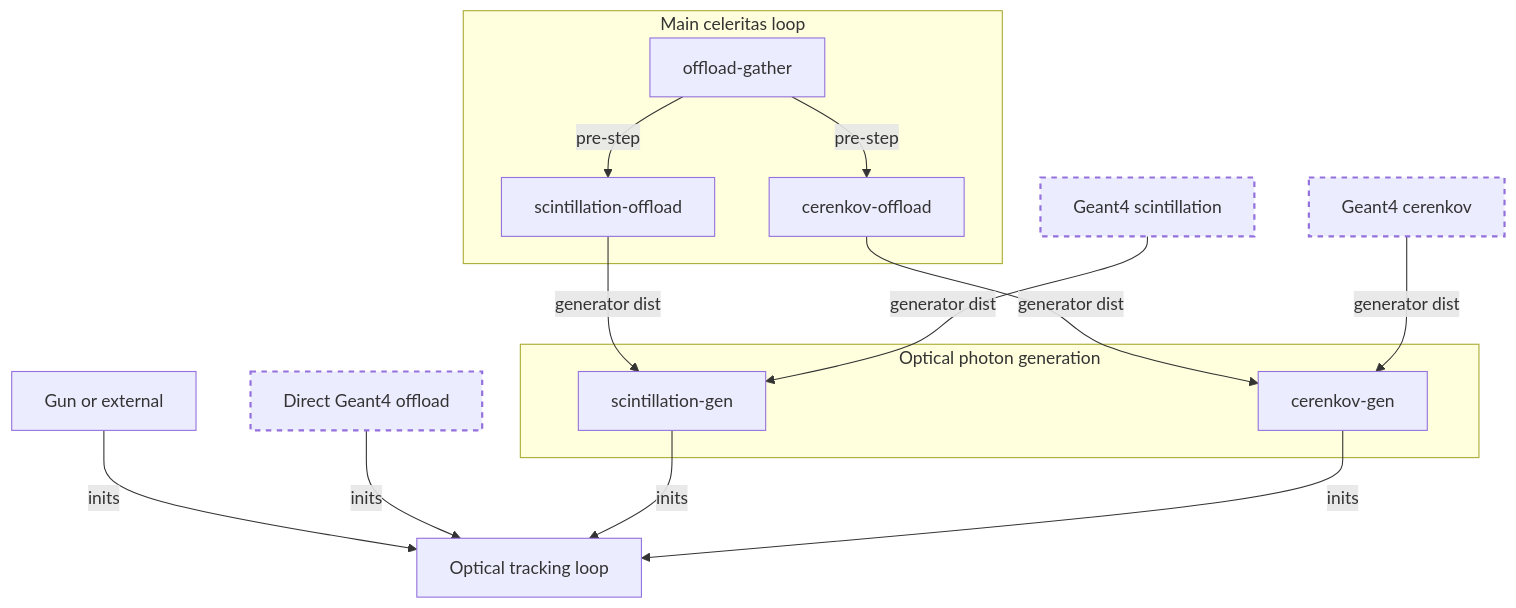
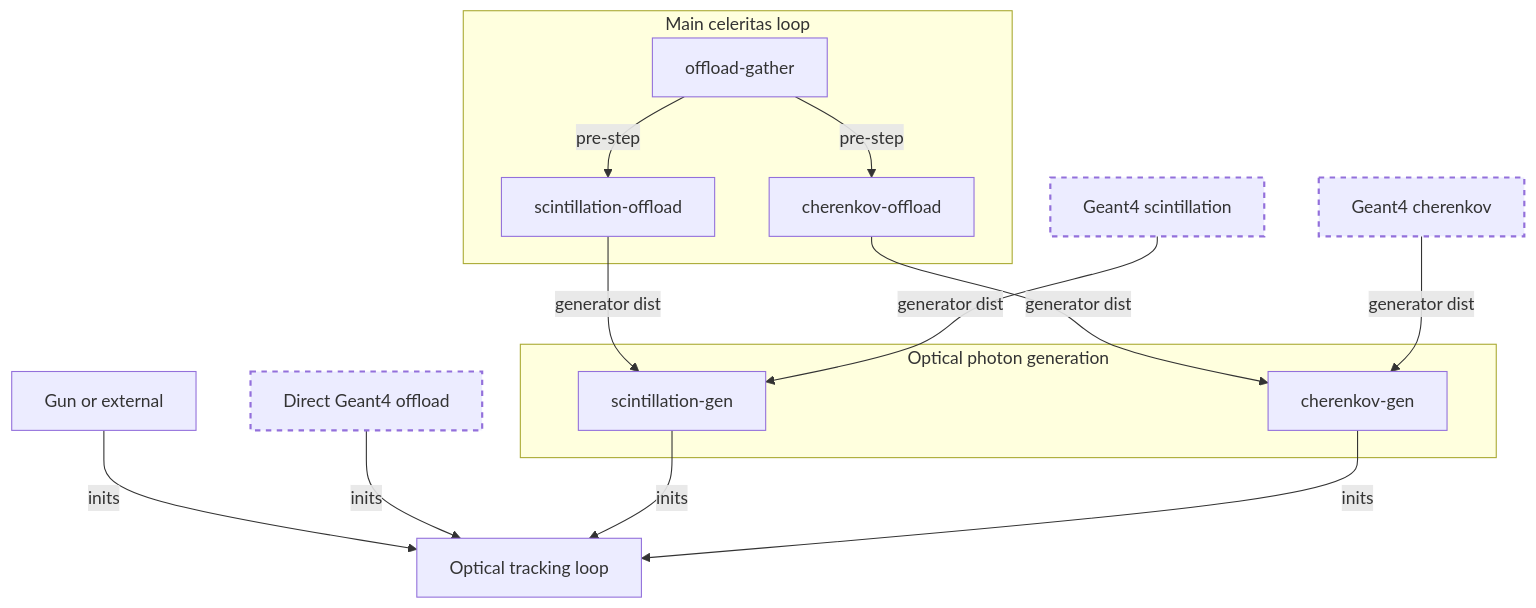
Before and after one commit to stognini/celeritas: the diagram in doc/implementation/optical-physics.rst, drawn with Mermaid. The commit also changed other lines of this file and 32 other files, not shown here.

First line of the commit message:
Rename Cerenkov to Cherenkov (#1533)

```diff
--- a/doc/implementation/optical-physics.rst
+++ b/doc/implementation/optical-physics.rst
@@ -18,37 +18,37 @@
 .. mermaid::
 
    flowchart TB
      gun["Gun or external"]
      geant4-direct["Direct Geant4 offload"]
      geant4-scint["Geant4 scintillation"]
-     geant4-ceren["Geant4 cerenkov"]
+     geant4-ceren["Geant4 cherenkov"]
 
      classDef not-impl stroke-width:2px,stroke-dasharray: 5 5
      class geant4-direct,geant4-scint,geant4-ceren not-impl
 
      subgraph main-celeritas-loop["Main celeritas loop"]
        offload-gather
        scintillation-offload
-       cerenkov-offload
+       cherenkov-offload
      end
 
      offload-gather -->|pre-step| scintillation-offload
-     offload-gather -->|pre-step| cerenkov-offload
+     offload-gather -->|pre-step| cherenkov-offload
 
      subgraph photon-gen["Optical photon generation"]
        scintillation-gen
-       cerenkov-gen
+       cherenkov-gen
      end
 
      scintillation-offload -->|generator dist| scintillation-gen
-     cerenkov-offload -->|generator dist| cerenkov-gen
+     cherenkov-offload -->|generator dist| cherenkov-gen
      geant4-scint -->|generator dist| scintillation-gen
-     geant4-ceren -->|generator dist| cerenkov-gen
+     geant4-ceren -->|generator dist| cherenkov-gen
 
 
      photons["Optical tracking loop"]
      gun -->|inits| photons
 
      geant4-direct -->|inits| photons
      scintillation-gen -->|inits| photons
-     cerenkov-gen -->|inits| photons
+     cherenkov-gen -->|inits| photons
```
